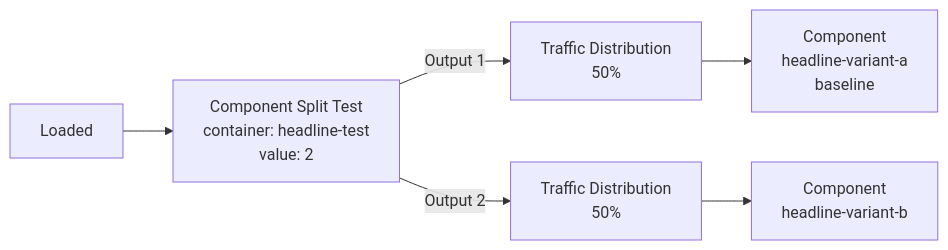
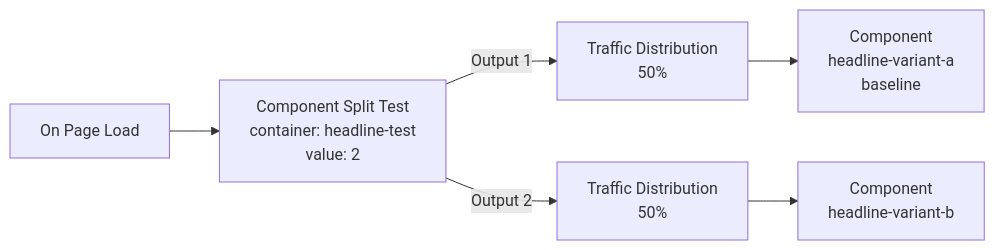
The diagram in funnels/split-testing.mdx (elasticfunnels/docs), drawn with Mermaid before and after one commit. The commit also changed other lines of this file and 7 other files, not shown here.

Commit message:
Page events docs: the start node is "On Page Load" (was "Loaded" / "On Page Loaded"), matching the app label on fix/page-events-entry-label

````diff
--- a/funnels/split-testing.mdx
+++ b/funnels/split-testing.mdx
@@ -77,8 +77,8 @@
 ```mermaid
 flowchart LR
-  E[Loaded] --> CST[Component Split Test<br/>container: headline-test<br/>value: 2]
+  E[On Page Load] --> CST[Component Split Test<br/>container: headline-test<br/>value: 2]
   CST -->|Output 1| W1[Traffic Distribution<br/>50%]
   CST -->|Output 2| W2[Traffic Distribution<br/>50%]
   W1 --> C1[Component<br/>headline-variant-a<br/>baseline]
   W2 --> C2[Component<br/>headline-variant-b]
 ```
````
